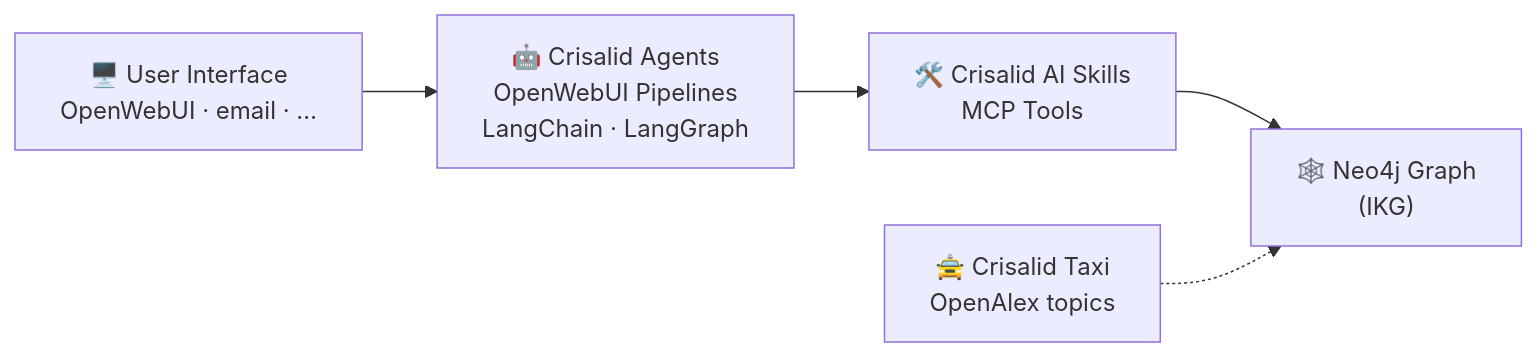
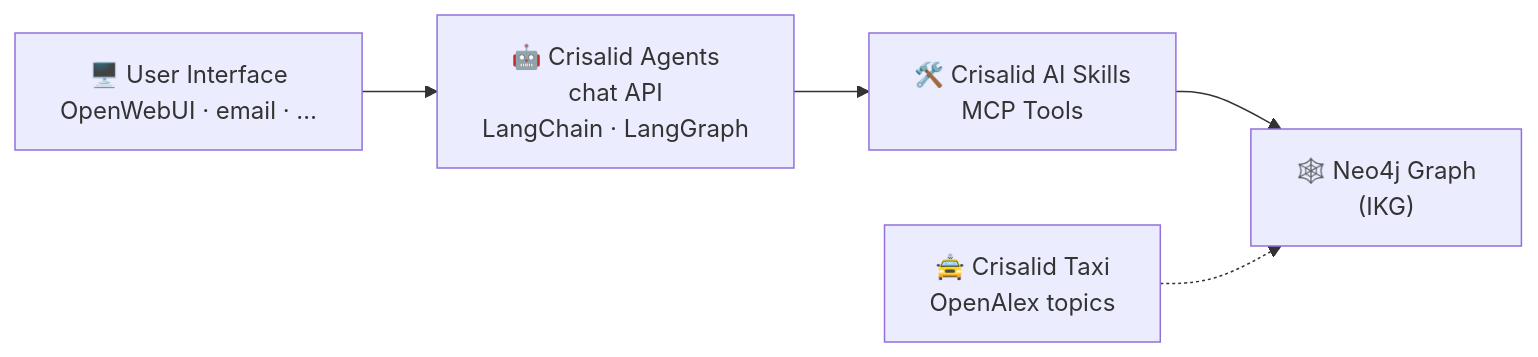
Before and after one commit to CRISalid-esr/crisalid-deployment: the diagram in ai/index.qmd, drawn with Mermaid. The commit also changed other lines of this file and 69 other files, not shown here.

Commit message:
auth refacto: Keycloak clients and scopes for the agents chat API, single public issuer, OpenWebUI 0.13 system OAuth, security docs

````diff
--- a/ai/index.qmd
+++ b/ai/index.qmd
@@ -54,11 +54,11 @@
 ```{mermaid}
 flowchart LR
     UI["🖥️ User Interface<br/>OpenWebUI · email · …"]
-    AGENTS["🤖 Crisalid Agents<br/>OpenWebUI Pipelines<br/>LangChain · LangGraph"]
+    AGENTS["🤖 Crisalid Agents<br/>chat API<br/>LangChain · LangGraph"]
     SKILLS["🛠️ Crisalid AI Skills<br/>MCP Tools"]
     GRAPH["🕸️ Neo4j Graph<br/>(IKG)"]
     TAXI["🚖 Crisalid Taxi<br/>OpenAlex topics"]
 
     UI --> AGENTS --> SKILLS --> GRAPH
     TAXI -.-> GRAPH
 ```
````
